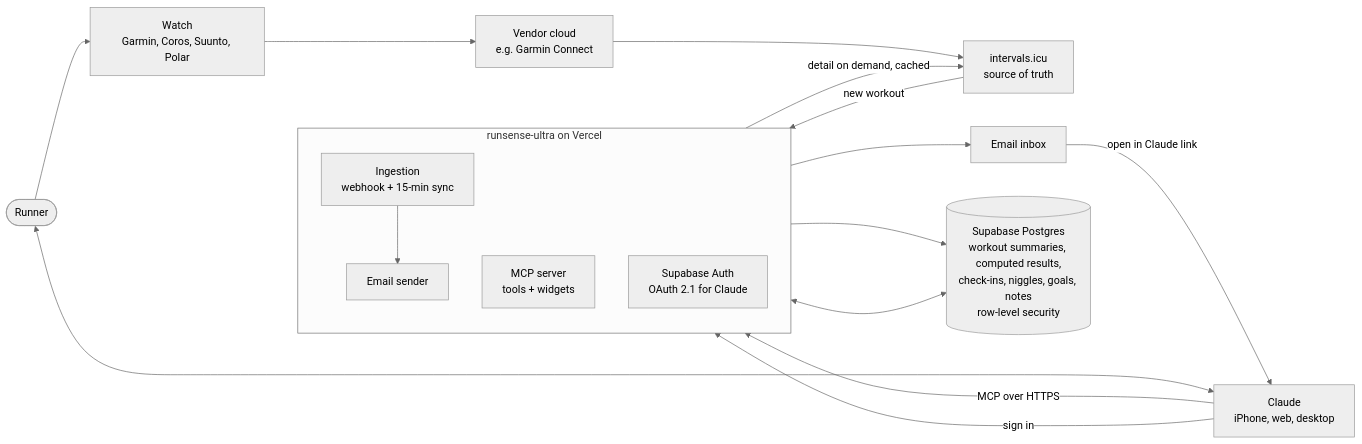
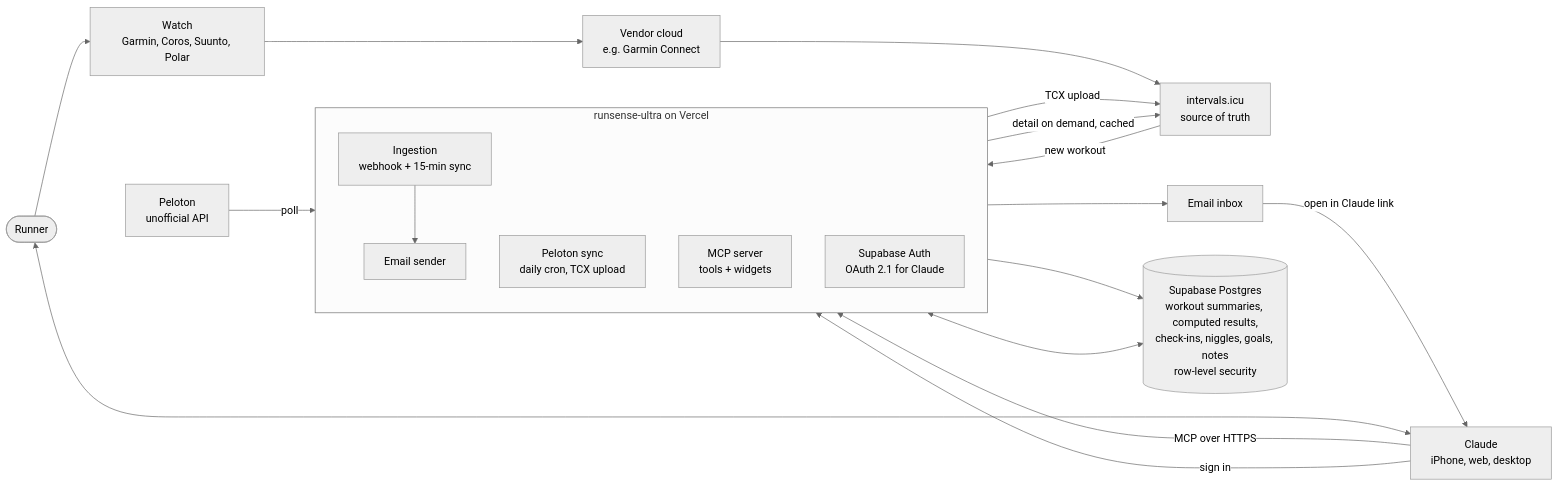
One commit to mlangsman/runsense-ultra changed the first of 2 diagrams in ARCHITECTURE.md. Above: the diagram before and after it, drawn with Mermaid (neutral theme). The commit also changed other lines of this file and 23 other files, not shown here.

First line of the commit message:
Peloton sync: daily cron copies rides to intervals.icu as TCX

````diff
--- a/ARCHITECTURE.md
+++ b/ARCHITECTURE.md
@@ -7,30 +7,33 @@
 ```mermaid
 flowchart LR
   runner([Runner])
   watch[Watch<br/>Garmin, Coros, Suunto, Polar]
   vendor[Vendor cloud<br/>e.g. Garmin Connect]
   icu[intervals.icu<br/>source of truth]
+  peloton[Peloton<br/>unofficial API]
   claude[Claude<br/>iPhone, web, desktop]
   inbox[Email inbox]
 
   subgraph server [runsense-ultra on Vercel]
     direction TB
     ingest[Ingestion<br/>webhook + 15-min sync]
+    psync[Peloton sync<br/>daily cron, TCX upload]
     mcp[MCP server<br/>tools + widgets]
     mail[Email sender]
     auth[Supabase Auth<br/>OAuth 2.1 for Claude]
   end
 
   db[(Supabase Postgres<br/>workout summaries, computed results,<br/>check-ins, niggles, goals, notes<br/>row-level security)]
 
   runner --> watch --> vendor --> icu
+  peloton -- poll --> psync -- TCX upload --> icu
   icu -- new workout --> ingest
   ingest --> db
   ingest --> mail --> inbox
   inbox -- "open in Claude" link --> claude
   runner <--> claude
   claude -- MCP over HTTPS --> mcp
   claude -- sign in --> auth
   mcp <--> db
   mcp -- detail on demand, cached --> icu
 ```
````
